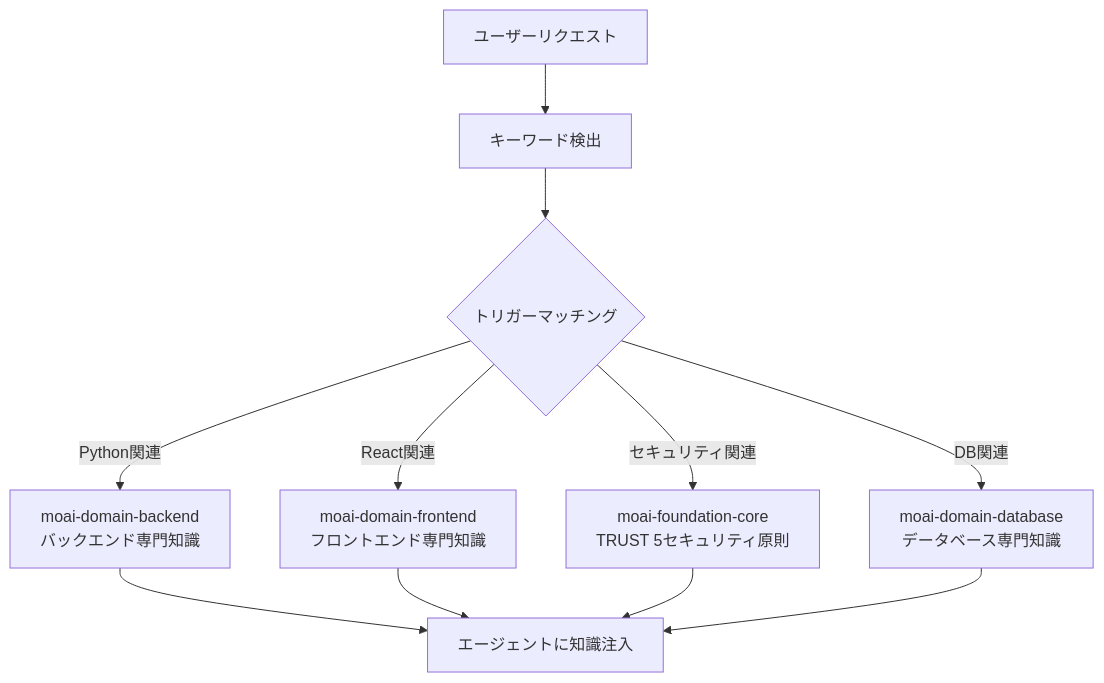
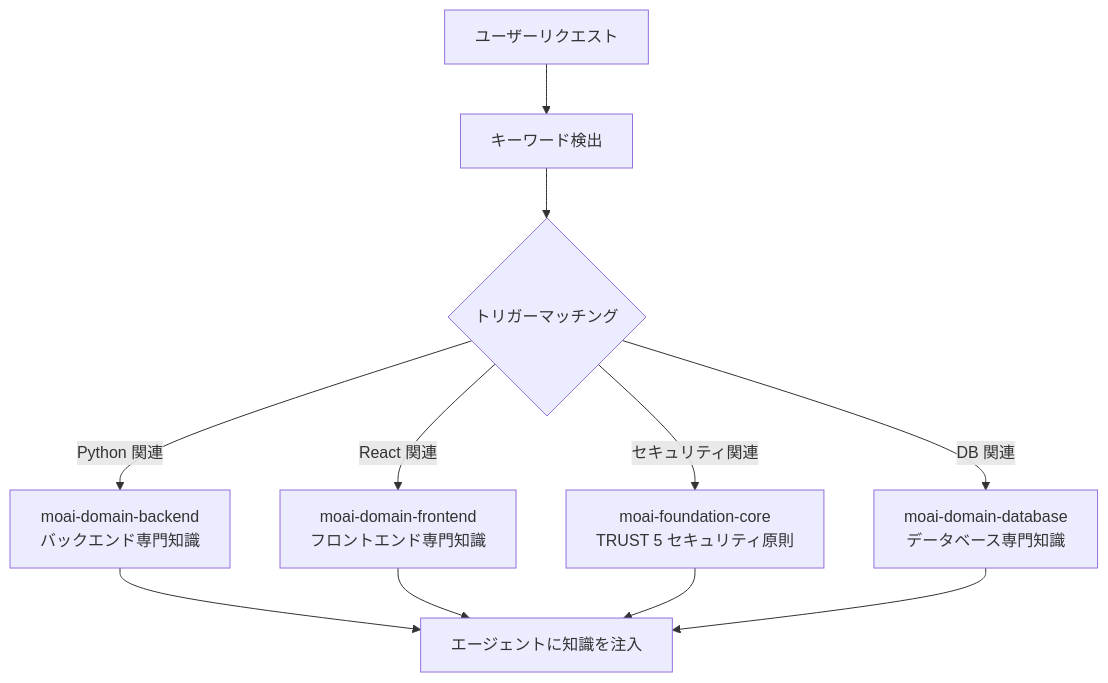
One commit to modu-ai/moai-adk changed the first of 4 diagrams in docs-site/content/ja/advanced/skill-guide.md. Above: the diagram before and after it, drawn with Mermaid. The commit also changed other lines of this file and 395 other files, not shown here.

````diff
--- a/docs-site/content/ja/advanced/skill-guide.md
+++ b/docs-site/content/ja/advanced/skill-guide.md
@@ -40,14 +37,14 @@
 ```mermaid
 flowchart TD
     USER[ユーザーリクエスト] --> DETECT[キーワード検出]
     DETECT --> TRIGGER{トリガーマッチング}
-    TRIGGER -->|Python関連| PY["moai-domain-backend<br/>バックエンド専門知識"]
-    TRIGGER -->|React関連| FE["moai-domain-frontend<br/>フロントエンド専門知識"]
-    TRIGGER -->|セキュリティ関連| SEC["moai-foundation-core<br/>TRUST 5セキュリティ原則"]
-    TRIGGER -->|DB関連| DB["moai-domain-database<br/>データベース専門知識"]
+    TRIGGER -->|Python 関連| PY["moai-domain-backend<br>バックエンド専門知識"]
+    TRIGGER -->|React 関連| FE["moai-domain-frontend<br>フロントエンド専門知識"]
+    TRIGGER -->|セキュリティ関連| SEC["moai-foundation-core<br>TRUST 5 セキュリティ原則"]
+    TRIGGER -->|DB 関連| DB["moai-domain-database<br>データベース専門知識"]
 
-    PY --> AGENT[エージェントに知識注入]
+    PY --> AGENT[エージェントに知識を注入]
     FE --> AGENT
     SEC --> AGENT
     DB --> AGENT
 ```
````
